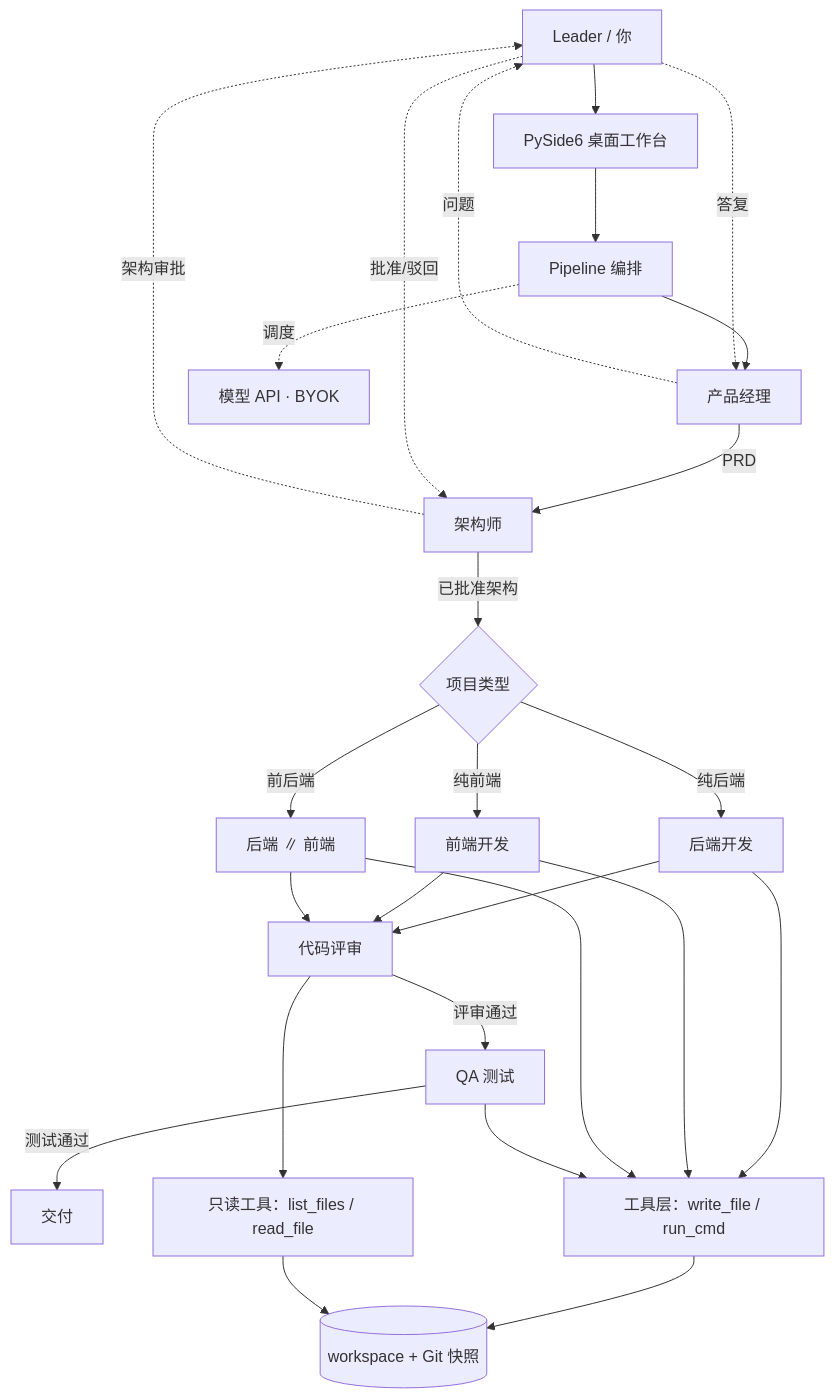
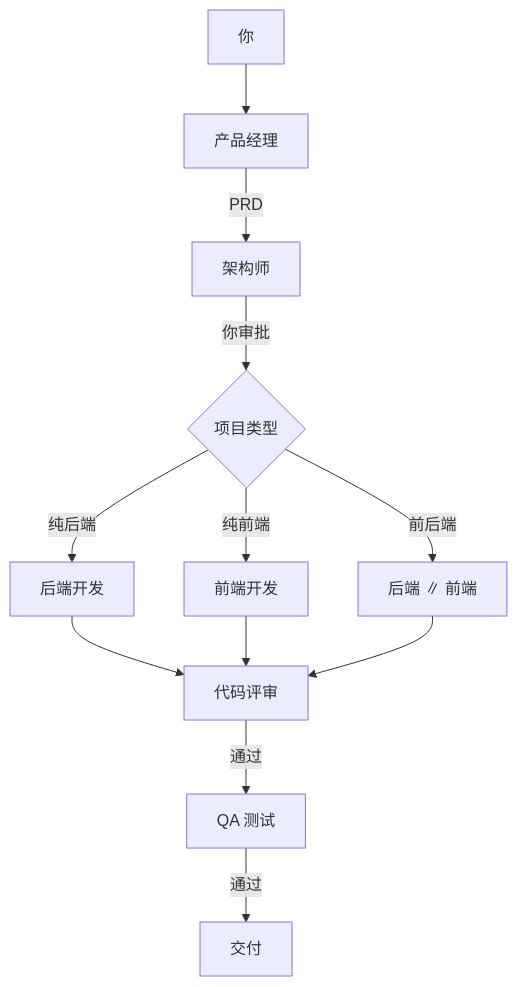
The diagram in README.md (LiuShiW/Description_agent_manager), drawn with Mermaid before and after one commit. The commit also changed other lines of this file, not shown here.

````diff
--- a/README.md
+++ b/README.md
@@ -42,34 +90,16 @@
 ```mermaid
 flowchart TD
-    U[Leader / 你] --> UI[PySide6 桌面工作台]
-    UI --> P[Pipeline 编排]
-
-    P --> PM[产品经理]
+    U[你] --> PM[产品经理]
     PM -->|PRD| AR[架构师]
-    AR -->|已批准架构| T{项目类型}
+    AR -->|你审批| T{项目类型}
 
     T -->|纯后端| BE[后端开发]
     T -->|纯前端| FE[前端开发]
     T -->|前后端| PAR[后端 ∥ 前端]
 
     BE --> RV[代码评审]
     FE --> RV
     PAR --> RV
-    RV -->|评审通过| QA[QA 测试]
-    QA -->|测试通过| D[交付]
-
-    PM -.问题.-> U
-    U -.答复.-> PM
-    AR -.架构审批.-> U
-    U -.批准/驳回.-> AR
-
-    BE --> TL[工具层：write_file / run_cmd]
-    FE --> TL
-    PAR --> TL
-    QA --> TL
-    RV --> R[只读工具：list_files / read_file]
-    TL --> WS[(workspace + Git 快照)]
-    R --> WS
-
-    P -.调度.-> M[模型 API · BYOK]
+    RV -->|通过| QA[QA 测试]
+    QA -->|通过| D[交付]
 ```
````
